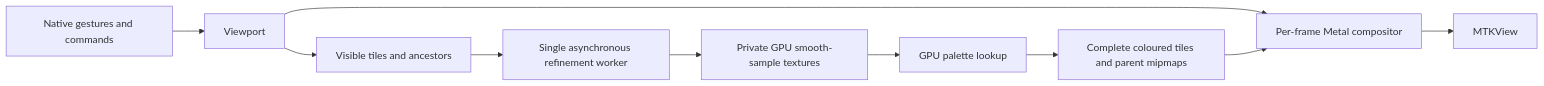
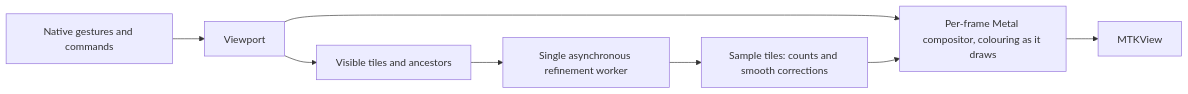
The diagram in Architecture.md (drquicksilver/swift-mandelbrot), drawn with Mermaid before and after one commit. The commit also changed other lines of this file and 6 other files, not shown here.

````diff
--- a/Architecture.md
+++ b/Architecture.md
@@ -9,12 +9,10 @@
 ```mermaid
 flowchart LR
     Input[Native gestures and commands] --> Viewport
     Viewport --> Demand[Visible tiles and ancestors]
     Demand --> Worker[Single asynchronous refinement worker]
-    Worker --> Samples[Private GPU smooth-sample textures]
-    Samples --> Colour[GPU palette lookup]
-    Colour --> Cache[Complete coloured tiles and parent mipmaps]
-    Viewport --> Compose[Per-frame Metal compositor]
+    Worker --> Cache[Sample tiles: counts and smooth corrections]
+    Viewport --> Compose[Per-frame Metal compositor, colouring as it draws]
     Cache --> Compose
     Compose --> MTKView
 ```
````
